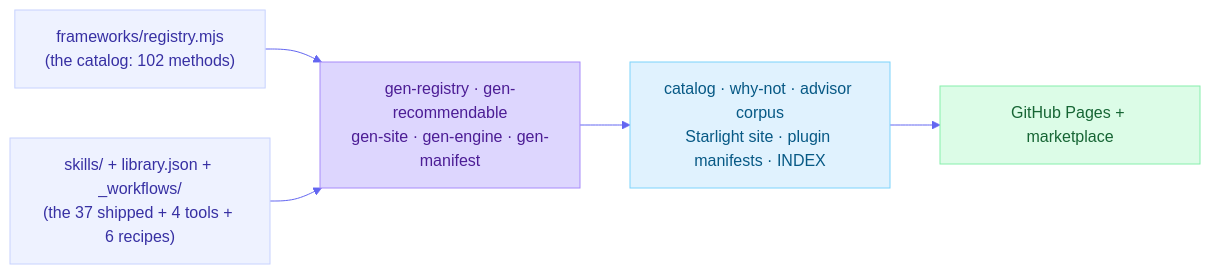
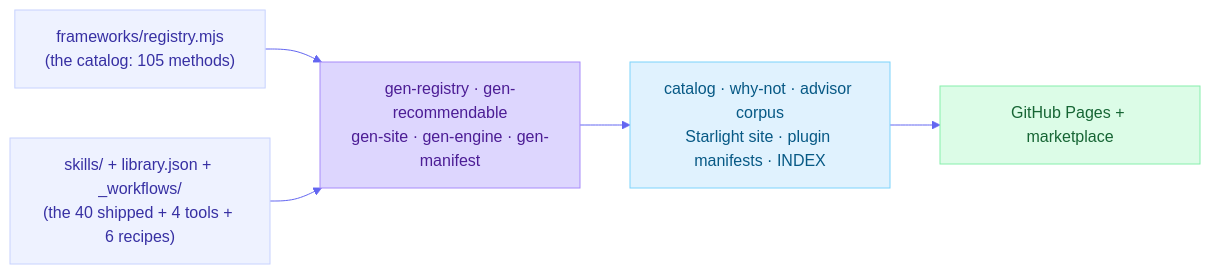
One commit to product-on-purpose/thinking-framework-skills changed the diagram in docs/architecture.md. Above: the diagram before and after it, drawn with Mermaid. The commit also changed other lines of this file and 44 other files, not shown here.

First line of the commit message:
release: v0.5.0 - catalog expansion (34 -> 40 frameworks) + phase-1 reconciliation (#50)

````diff
--- a/docs/architecture.md
+++ b/docs/architecture.md
@@ -46,16 +46,16 @@
 ```mermaid
 %%{init: {'theme':'base','themeVariables':{'primaryColor':'#eef2ff','primaryBorderColor':'#c7d2fe','lineColor':'#6366f1'}}}%%
 graph LR
-  reg["frameworks/registry.mjs<br/>(the catalog: 102 methods)"]:::source
-  skl["skills/ + library.json + _workflows/<br/>(the 37 shipped + 4 tools + 6 recipes)"]:::source
+  reg["frameworks/registry.mjs<br/>(the catalog: 105 methods)"]:::source
+  skl["skills/ + library.json + _workflows/<br/>(the 40 shipped + 4 tools + 6 recipes)"]:::source
   gen["gen-registry · gen-recommendable<br/>gen-site · gen-engine · gen-manifest"]:::build
   views["catalog · why-not · advisor corpus<br/>Starlight site · plugin manifests · INDEX"]:::site
   pages["GitHub Pages + marketplace"]:::deploy
   reg --> gen
   skl --> gen
   gen --> views --> pages
   classDef source fill:#eef2ff,stroke:#c7d2fe,color:#3730a3;
   classDef build fill:#ddd6fe,stroke:#a78bfa,color:#4c1d95;
   classDef site fill:#e0f2fe,stroke:#7dd3fc,color:#075985;
   classDef deploy fill:#dcfce7,stroke:#86efac,color:#166534;
 ```
````
